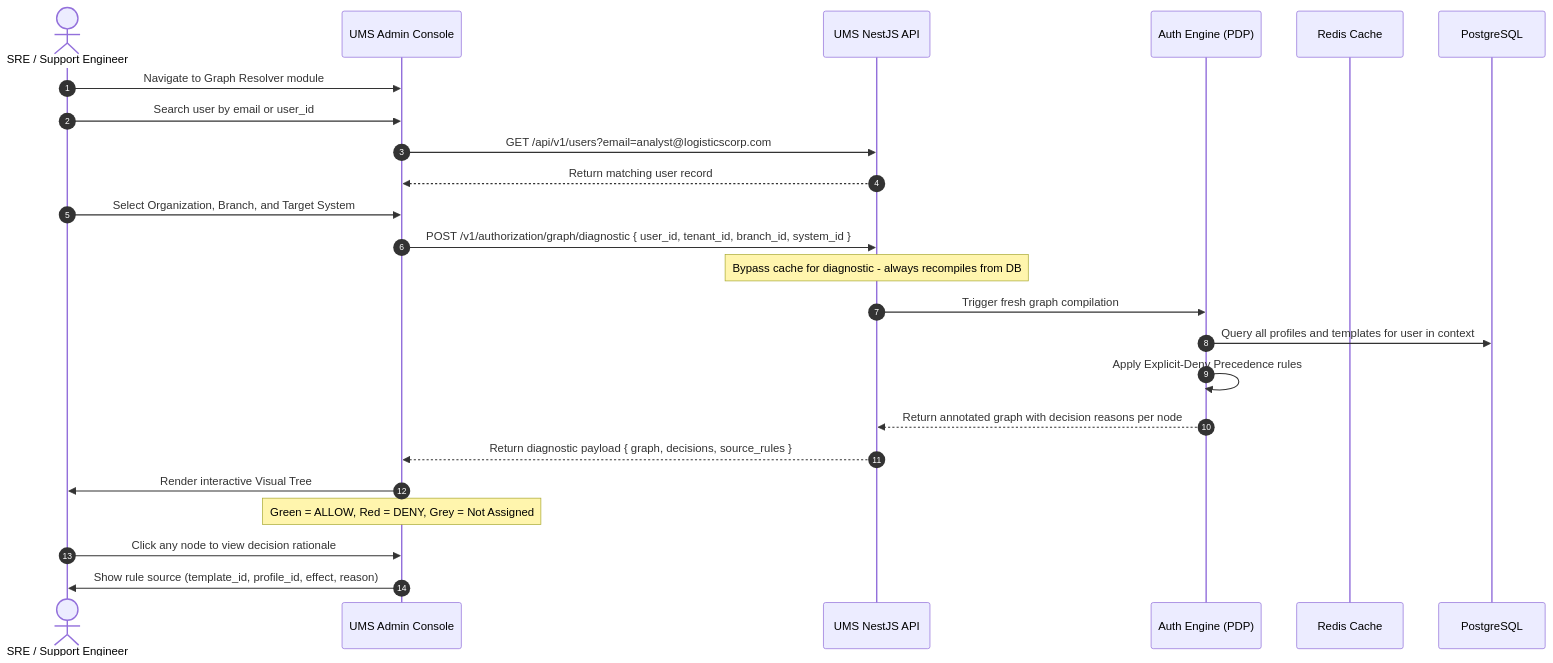
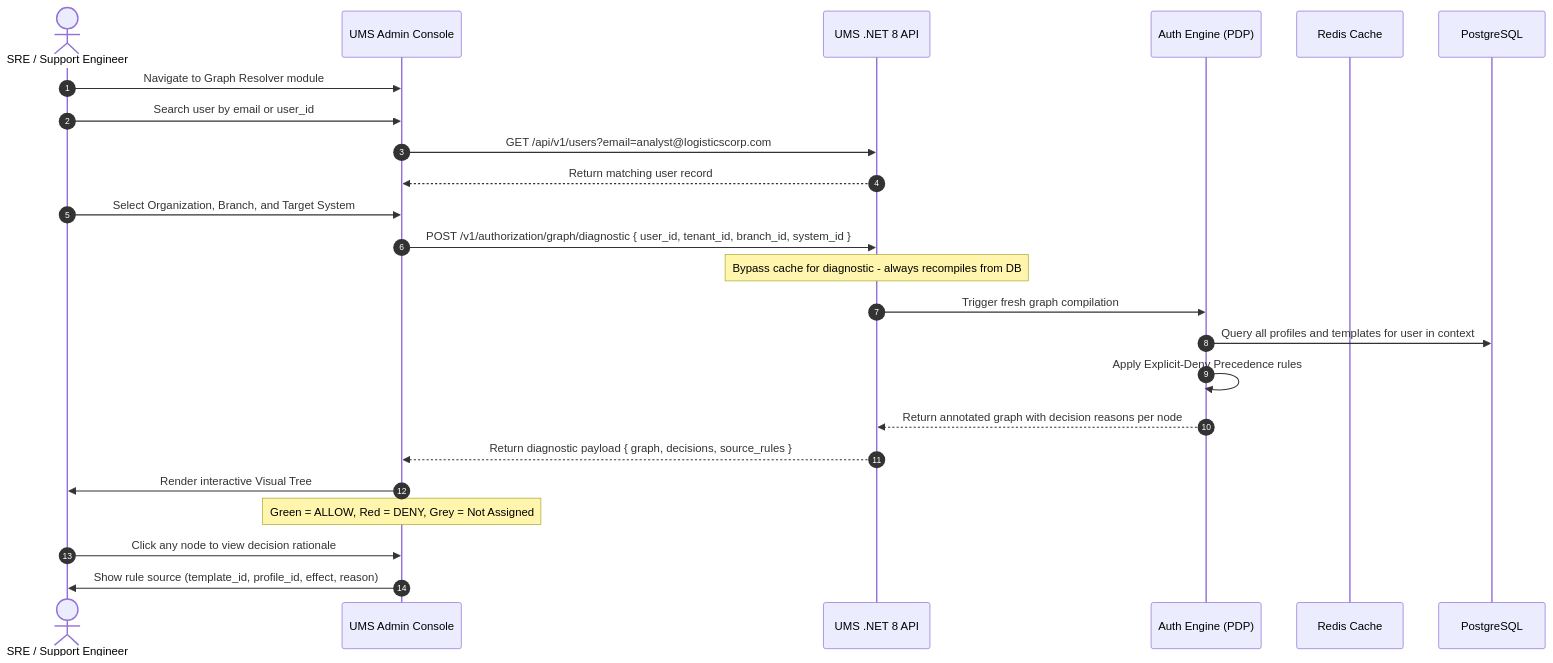
Before and after one commit to beyondnetcode/ums: the diagram in src/ums-workspace/docs/en/01-requirements/usecases/uc-08-visual-graph-resolver.md, drawn with Mermaid. The commit also changed 27 other files, not shown here.

````diff
--- a/src/ums-workspace/docs/en/01-requirements/usecases/uc-08-visual-graph-resolver.md
+++ b/src/ums-workspace/docs/en/01-requirements/usecases/uc-08-visual-graph-resolver.md
@@ -20,27 +20,27 @@
 ```mermaid
 sequenceDiagram
     autonumber
     actor SRE as SRE / Support Engineer
     participant Console as UMS Admin Console
-    participant API as UMS NestJS API
+    participant API as UMS .NET 8 API
     participant Engine as Auth Engine (PDP)
     participant Cache as Redis Cache
     participant DB as PostgreSQL
 
     SRE->>Console: Navigate to Graph Resolver module
     SRE->>Console: Search user by email or user_id
     Console->>API: GET /api/v1/users?email=analyst@logisticscorp.com
     API-->>Console: Return matching user record
     SRE->>Console: Select Organization, Branch, and Target System
     Console->>API: POST /v1/authorization/graph/diagnostic { user_id, tenant_id, branch_id, system_id }
     Note over API: Bypass cache for diagnostic - always recompiles from DB
     API->>Engine: Trigger fresh graph compilation
     Engine->>DB: Query all profiles and templates for user in context
     Engine->>Engine: Apply Explicit-Deny Precedence rules
     Engine-->>API: Return annotated graph with decision reasons per node
     API-->>Console: Return diagnostic payload { graph, decisions, source_rules }
     Console->>SRE: Render interactive Visual Tree
     Note over Console: Green = ALLOW, Red = DENY, Grey = Not Assigned
     SRE->>Console: Click any node to view decision rationale
     Console->>SRE: Show rule source (template_id, profile_id, effect, reason)
 ```
````
